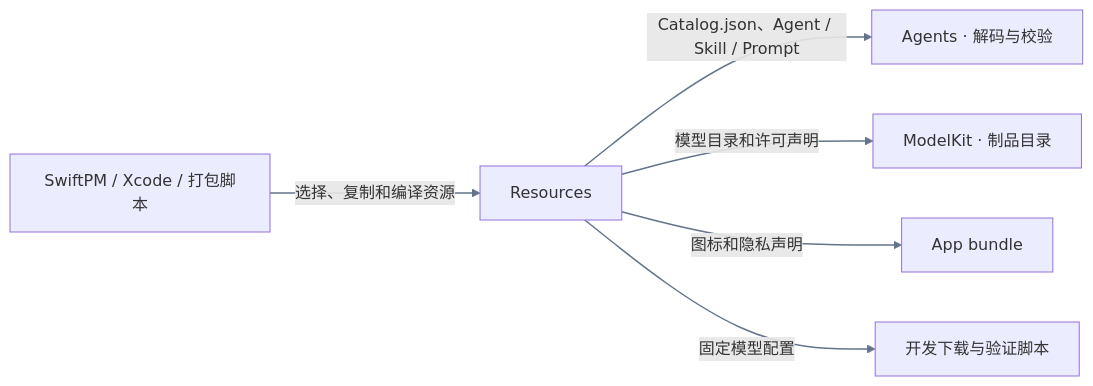
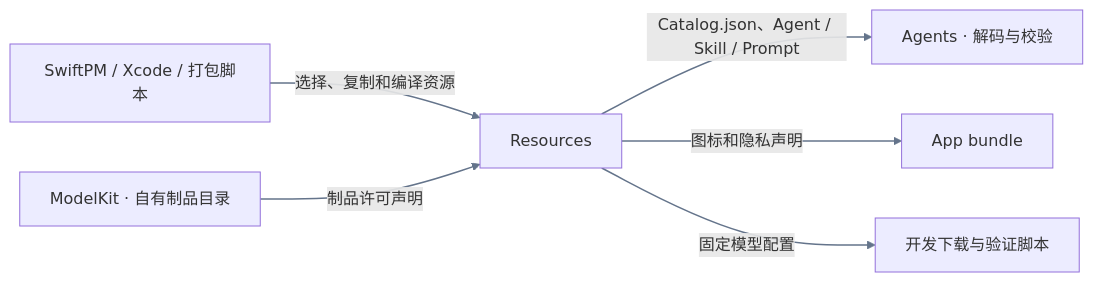
Before and after one commit to devilyouwei/MobileHarness: the first of 3 diagrams in MobileHarness/Resources/README.md, drawn with Mermaid. The commit also changed other lines of this file and 74 other files, not shown here.

Commit message:
Consolidate model artifact management in ModelKit and remove D3 Lite

````diff
--- a/MobileHarness/Resources/README.md
+++ b/MobileHarness/Resources/README.md
@@ -9,9 +9,9 @@
 ```mermaid
 flowchart LR
     Build["SwiftPM / Xcode / 打包脚本"] -->|选择、复制和编译资源| Resource["Resources"]
     Resource -->|Catalog.json、Agent / Skill / Prompt| Agents["Agents · 解码与校验"]
-    Resource -->|模型目录和许可声明| Model["ModelKit · 制品目录"]
+    Model["ModelKit · 自有制品目录"] -->|制品许可声明| Resource
     Resource -->|图标和隐私声明| Bundle["App bundle"]
     Resource -->|固定模型配置| Tools["开发下载与验证脚本"]
     linkStyle default stroke:#64748b,stroke-width:1.5px
 ```
````
